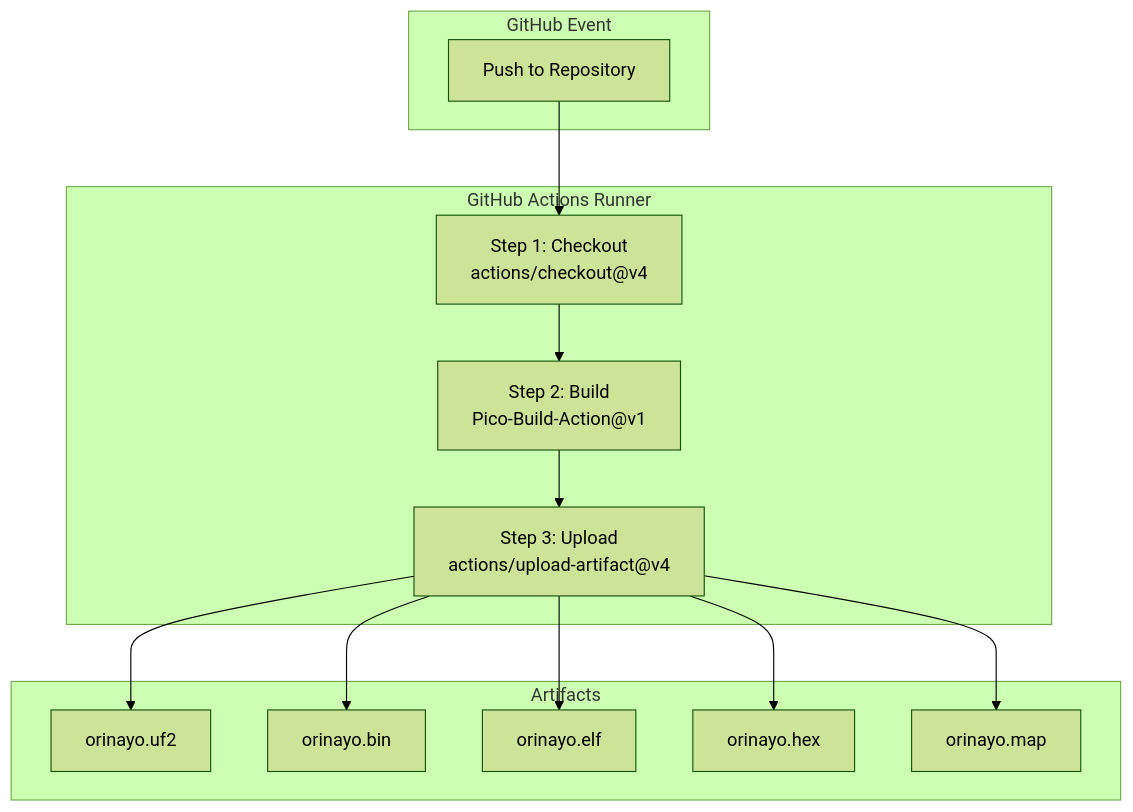
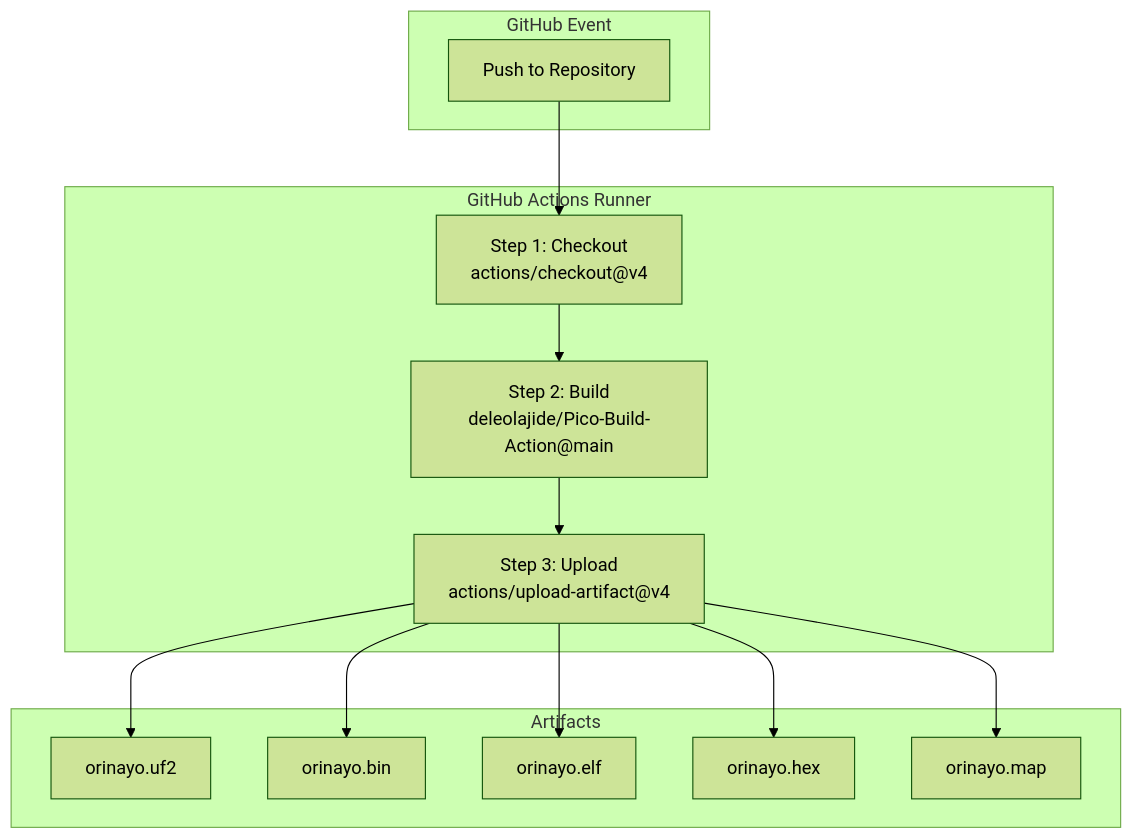
The first of 3 diagrams in wiki/9.3-cicd-pipeline.md (Jus-Be/orinayo-pico), drawn with Mermaid (forest theme) before and after one commit. The commit also changed other lines of this file and 42 other files, not shown here.

````diff
--- a/wiki/9.3-cicd-pipeline.md
+++ b/wiki/9.3-cicd-pipeline.md
@@ -28,40 +33,40 @@
 ```mermaid
 flowchart TD
 
 PUSH["Push to Repository"]
 CHECKOUT["Step 1: Checkout<br>actions/checkout@v4"]
-BUILD["Step 2: Build<br>Pico-Build-Action@v1"]
+BUILD["Step 2: Build<br>deleolajide/Pico-Build-Action@main"]
 UPLOAD["Step 3: Upload<br>actions/upload-artifact@v4"]
 UF2["orinayo.uf2"]
 BIN["orinayo.bin"]
 ELF["orinayo.elf"]
 HEX["orinayo.hex"]
 MAP["orinayo.map"]
 
 PUSH --> CHECKOUT
 UPLOAD --> UF2
 UPLOAD --> BIN
 UPLOAD --> ELF
 UPLOAD --> HEX
 UPLOAD --> MAP
 
 subgraph Artifacts ["Artifacts"]
     UF2
     BIN
     ELF
     HEX
     MAP
 end
 
 subgraph subGraph1 ["GitHub Actions Runner"]
     CHECKOUT
     BUILD
     UPLOAD
     CHECKOUT --> BUILD
     BUILD --> UPLOAD
 end
 
 subgraph subGraph0 ["GitHub Event"]
     PUSH
 end
 ```
````
